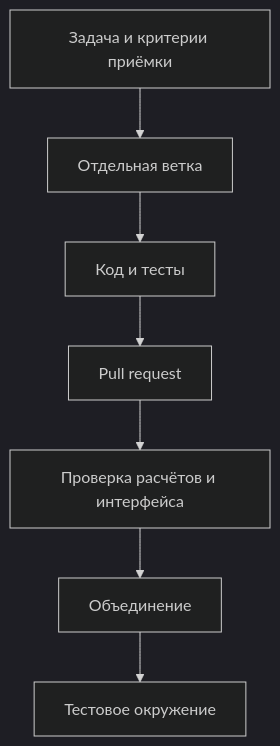
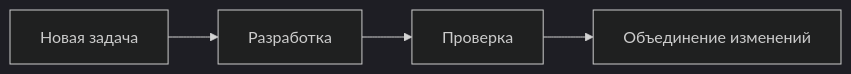
Before and after one commit to NBog19/Fullstack-Engineering-Roadmap: the diagram in 01_Basics/01_Git_and_GitHub/04_OLAP.md, drawn with Mermaid (dark theme). The commit also changed other lines of this file and 10 other files, not shown here.

````diff
--- a/01_Basics/01_Git_and_GitHub/04_OLAP.md
+++ b/01_Basics/01_Git_and_GitHub/04_OLAP.md
@@ -38,9 +26,6 @@
-```mermaid
-flowchart TD
-    A[Задача и критерии приёмки] --> B[Отдельная ветка]
-    B --> C[Код и тесты]
-    C --> D[Pull request]
-    D --> E[Проверка расчётов и интерфейса]
-    E --> F[Объединение]
-    F --> G[Тестовое окружение]
-```
+~~~mermaid
+flowchart LR
+ A[Новая задача] --> B[Разработка]
+ B --> C[Проверка]
+ C --> D[Объединение изменений]
+~~~
````
